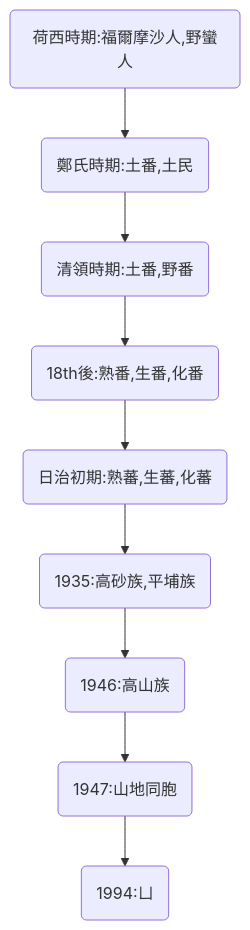
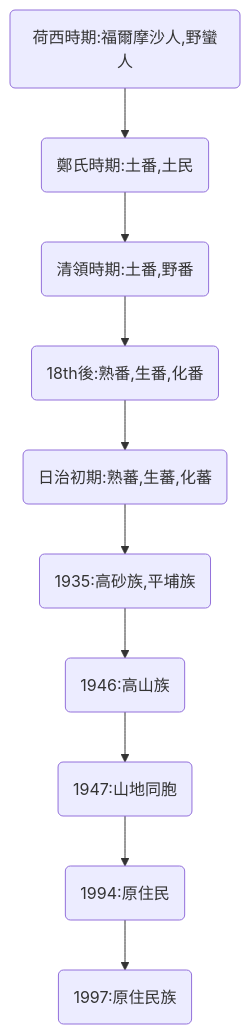
The diagram in Zettelkasten/原住民名稱分類.md (Ethane1755/Obsidian), drawn with Mermaid before and after one commit. The commit also changed 1 other file, not shown here.

Commit message:
Obsidian Backup 2021-10-10 11:22
Affected files:
.obsidian/app.json
"Zettelkasten/\345\216\237\344\275\217\346\260\221\345\220\215\347\250\261\345\210\206\351\241\236.md"

````diff
--- a/Zettelkasten/原住民名稱分類.md
+++ b/Zettelkasten/原住民名稱分類.md
@@ -4,5 +4,5 @@
 ```mermaid
 graph TD
-id1(荷西時期:福爾摩沙人,野蠻人)-->id2(鄭氏時期:土番,土民)-->id3(清領時期:土番,野番)-->id4(18th後:熟番,生番,化番)-->id5(日治初期:熟蕃,生蕃,化蕃)-->id6(1935:高砂族,平埔族)-->id7(1946:高山族)-->id8(1947:山地同胞)-->id9(1994:ㄩ)
+id1(荷西時期:福爾摩沙人,野蠻人)-->id2(鄭氏時期:土番,土民)-->id3(清領時期:土番,野番)-->id4(18th後:熟番,生番,化番)-->id5(日治初期:熟蕃,生蕃,化蕃)-->id6(1935:高砂族,平埔族)-->id7(1946:高山族)-->id8(1947:山地同胞)-->id9(1994:原住民)-->id10(1997:原住民族)
 
 ```
````
